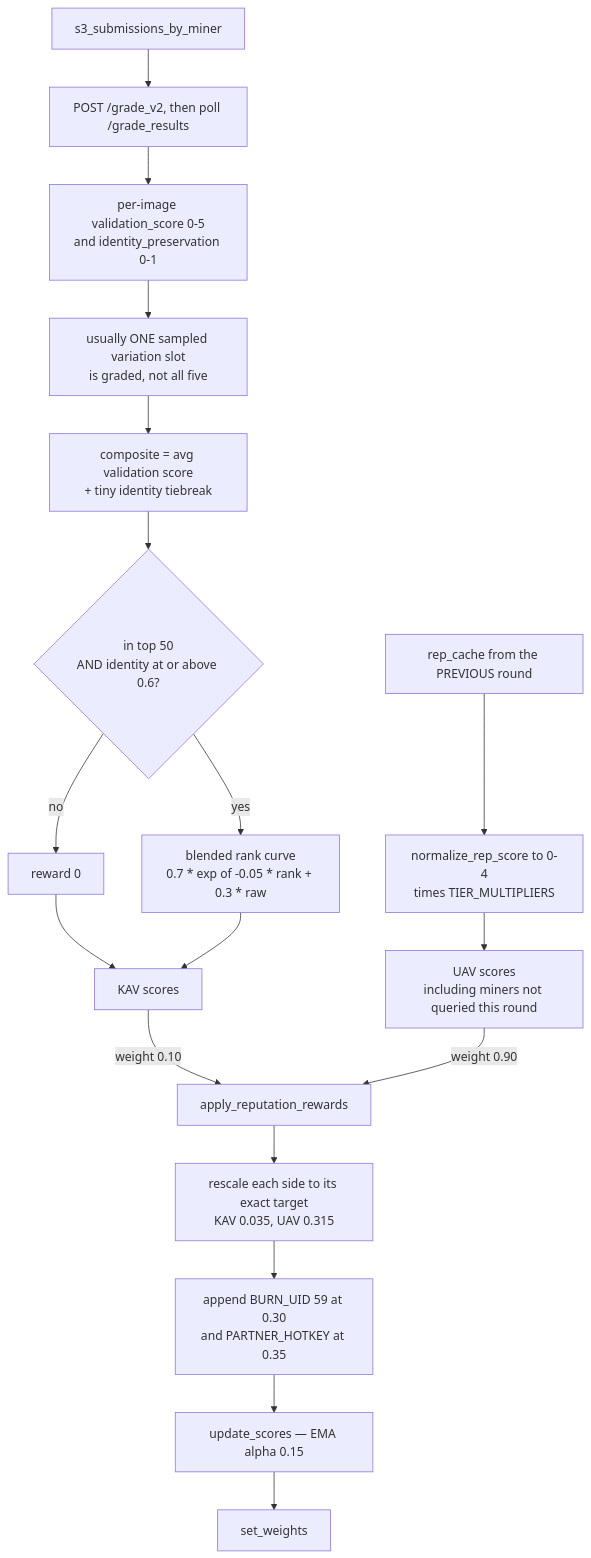
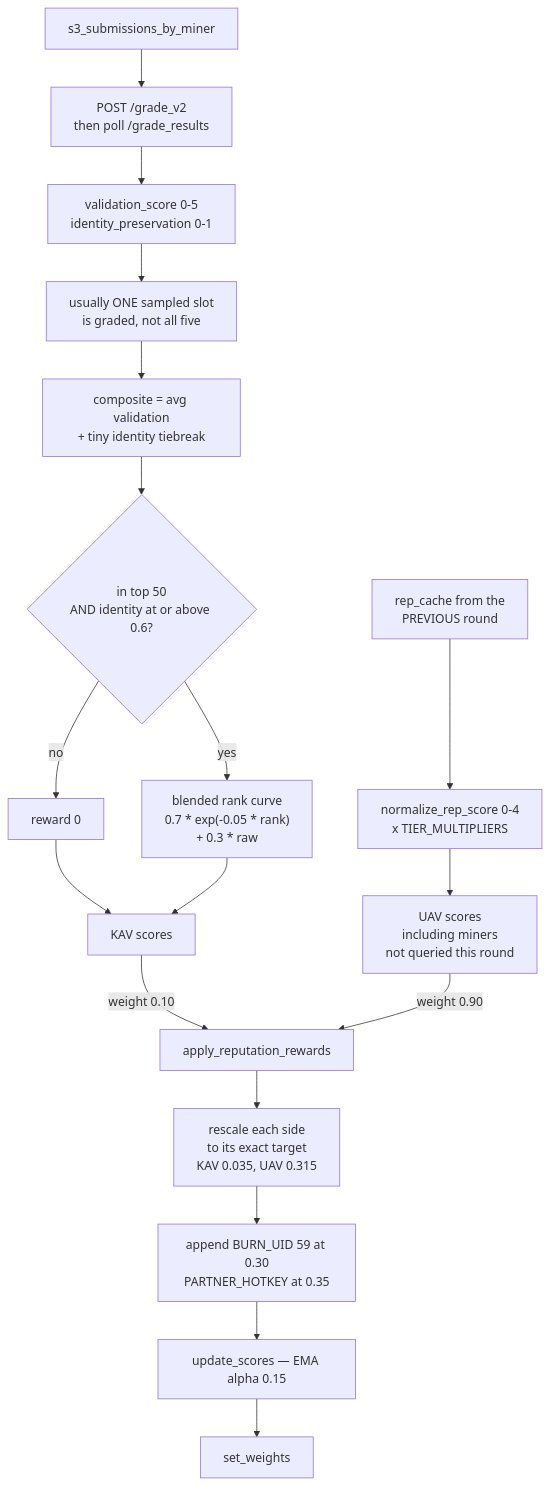
One commit to phantom930/MIID-subnet changed the fifth of 10 diagrams in docs/workflow.md. Above: the diagram before and after it, drawn with Mermaid. The commit also changed other lines of this file and 1 other file, not shown here.

````diff
--- a/docs/workflow.md
+++ b/docs/workflow.md
@@ -187,22 +196,22 @@
 ```mermaid
 flowchart TD
-    A["s3_submissions_by_miner"] --> B["POST /grade_v2, then poll /grade_results"]
-    B --> C["per-image validation_score 0-5<br/>and identity_preservation 0-1"]
-    C --> D["usually ONE sampled variation slot<br/>is graded, not all five"]
-    D --> E["composite = avg validation score<br/>+ tiny identity tiebreak"]
+    A["s3_submissions_by_miner"] --> B["POST /grade_v2<br/>then poll /grade_results"]
+    B --> C["validation_score 0-5<br/>identity_preservation 0-1"]
+    C --> D["usually ONE sampled slot<br/>is graded, not all five"]
+    D --> E["composite = avg validation<br/>+ tiny identity tiebreak"]
     E --> F{"in top 50<br/>AND identity at or above 0.6?"}
     F -->|no| G["reward 0"]
-    F -->|yes| H["blended rank curve<br/>0.7 * exp of -0.05 * rank + 0.3 * raw"]
+    F -->|yes| H["blended rank curve<br/>0.7 * exp(-0.05 * rank)<br/>+ 0.3 * raw"]
     G --> I["KAV scores"]
     H --> I
 
-    J["rep_cache from the PREVIOUS round"] --> K["normalize_rep_score to 0-4<br/>times TIER_MULTIPLIERS"]
-    K --> L["UAV scores<br/>including miners not queried this round"]
+    J["rep_cache from the<br/>PREVIOUS round"] --> K["normalize_rep_score 0-4<br/>x TIER_MULTIPLIERS"]
+    K --> L["UAV scores<br/>including miners<br/>not queried this round"]
 
     I -->|"weight 0.10"| M["apply_reputation_rewards"]
     L -->|"weight 0.90"| M
-    M --> N["rescale each side to its exact target<br/>KAV 0.035, UAV 0.315"]
-    N --> O["append BURN_UID 59 at 0.30<br/>and PARTNER_HOTKEY at 0.35"]
+    M --> N["rescale each side<br/>to its exact target<br/>KAV 0.035, UAV 0.315"]
+    N --> O["append BURN_UID 59 at 0.30<br/>PARTNER_HOTKEY at 0.35"]
     O --> P["update_scores — EMA alpha 0.15"]
     P --> Q["set_weights"]
 ```
````
